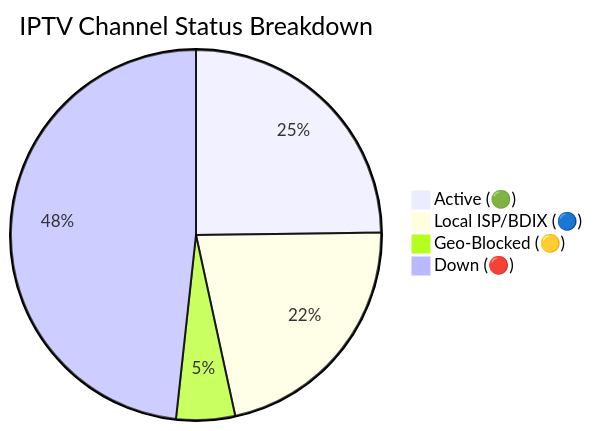
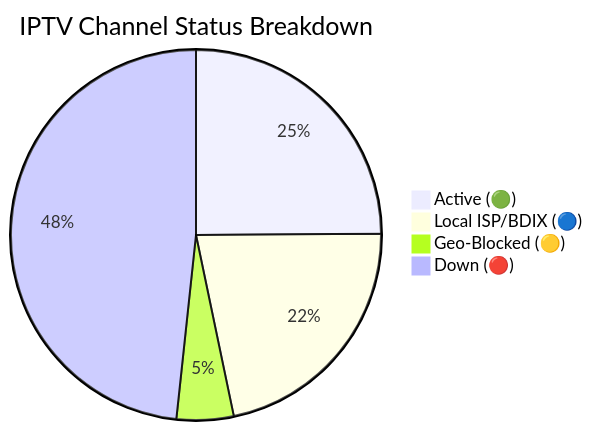
The diagram in README.md (Zaman-Topu/Ip-tv-Collection), drawn with Mermaid before and after one commit. The commit also changed other lines of this file and 6 other files, not shown here.

````diff
--- a/README.md
+++ b/README.md
@@ -96,7 +96,7 @@
 ```mermaid
 pie title IPTV Channel Status Breakdown
-    "Active (🟢)" : 10191
+    "Active (🟢)" : 10219
     "Local ISP/BDIX (🔵)" : 8961
-    "Geo-Blocked (🟡)" : 2108
-    "Down (🔴)" : 19841
+    "Geo-Blocked (🟡)" : 2040
+    "Down (🔴)" : 19830
 ```
````
